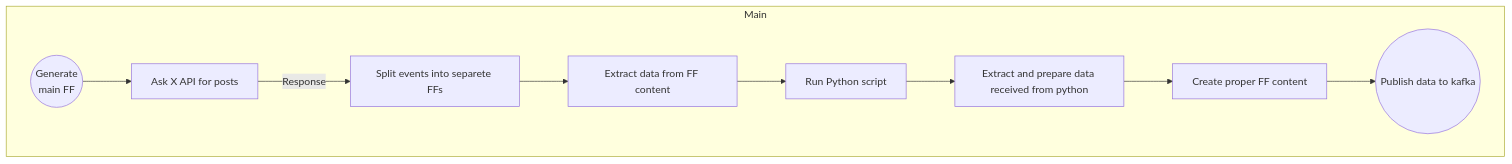
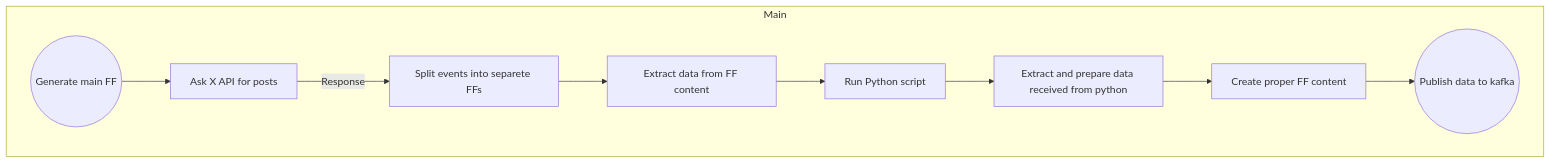
Before and after one commit to michal-kocur/NiFi-tutorial: the diagram in Tasks/task5.md, drawn with Mermaid. The commit also changed other lines of this file and 8 other files, not shown here.

````diff
--- a/Tasks/task5.md
+++ b/Tasks/task5.md
@@ -18,12 +18,12 @@
 ```mermaid
 flowchart TD
  	subgraph Main
-		A((Generate \n main FF)) --> B[Ask X API for posts]
+		A((Generate main FF)) --> B[Ask X API for posts]
 		B -- Response --> C[Split events into separete FFs]
 		C --> D[Extract data from FF content]
 		D --> E[Run Python script]
 		E --> F[Extract and prepare data received from python]
 		F --> G[Create proper FF content]
 		G --> H((Publish data to kafka))
 	end
 ```
````
